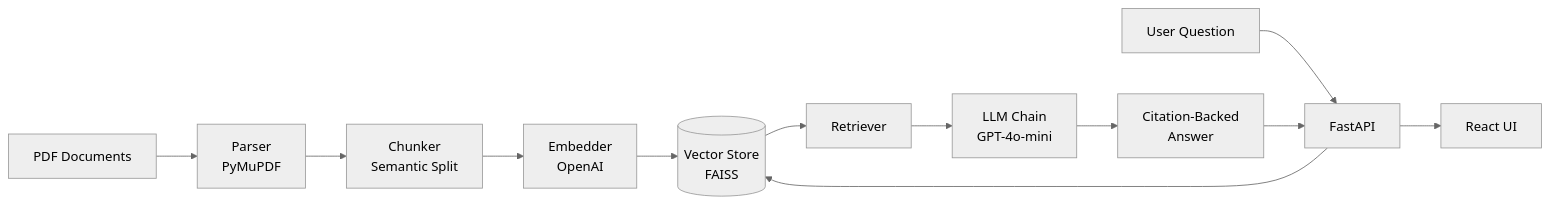
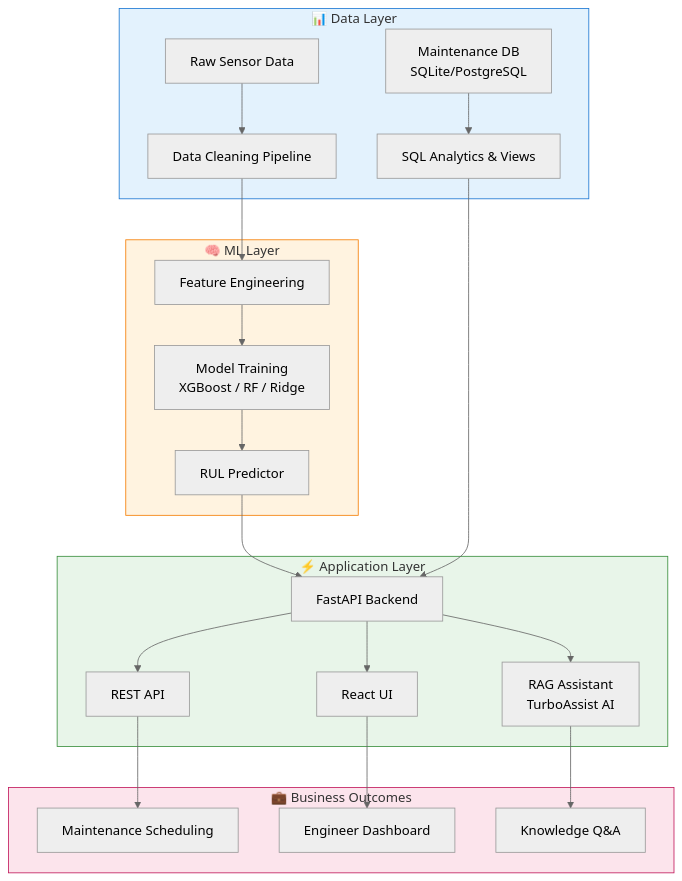
One commit to kiransindam/TurboAssist-AI changed the first of 2 diagrams in README.md. Above: the diagram before and after it, drawn with Mermaid (neutral theme). The commit also changed other lines of this file, not shown here.

First line of the commit message:
Revise README for TurboAssist AI Platform

````diff
--- a/README.md
+++ b/README.md
@@ -48,15 +40,32 @@
 ```mermaid
-flowchart LR
-    A[PDF Documents] --> B[Parser<br/>PyMuPDF]
-    B --> C[Chunker<br/>Semantic Split]
-    C --> D[Embedder<br/>OpenAI]
-    D --> E[(Vector Store<br/>FAISS)]
+flowchart TB
+    subgraph DATA_LAYER["📊 Data Layer"]
+        A[Raw Sensor Data] --> B[Data Cleaning Pipeline]
+        C[Maintenance DB<br/>SQLite/PostgreSQL] --> D[SQL Analytics & Views]
+    end
     
-    F[User Question] --> G[FastAPI]
-    G --> E
-    E --> H[Retriever]
-    H --> I[LLM Chain<br/>GPT-4o-mini]
-    I --> J[Citation-Backed<br/>Answer]
-    J --> G
-    G --> K[React UI]
+    subgraph ML_LAYER["🧠 ML Layer"]
+        B --> E[Feature Engineering]
+        E --> F[Model Training<br/>XGBoost / RF / Ridge]
+        F --> G[RUL Predictor]
+    end
+    
+    subgraph APP_LAYER["⚡ Application Layer"]
+        G --> H[FastAPI Backend]
+        D --> H
+        H --> I[REST API]
+        H --> J[React UI]
+        H --> K[RAG Assistant<br/>TurboAssist AI]
+    end
+    
+    subgraph BUSINESS["💼 Business Outcomes"]
+        I --> L[Maintenance Scheduling]
+        J --> M[Engineer Dashboard]
+        K --> N[Knowledge Q&A]
+    end
+    
+    style DATA_LAYER fill:#e3f2fd,stroke:#1976d2
+    style ML_LAYER fill:#fff3e0,stroke:#f57c00
+    style APP_LAYER fill:#e8f5e9,stroke:#388e3c
+    style BUSINESS fill:#fce4ec,stroke:#c2185b
 ```
````
